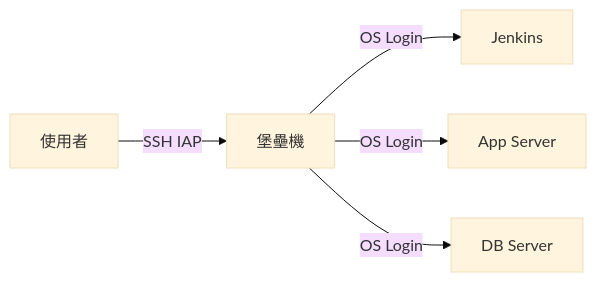
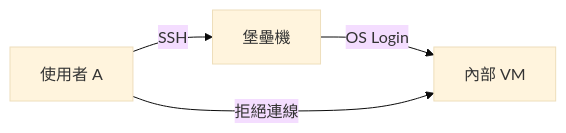
The second of 2 diagrams in content/posts/gcp/oslogin/index.md (Ben199810/ben199810.github.io), drawn with Mermaid (base theme) before and after one commit. The commit also changed other lines of this file and 6 other files, not shown here.

```diff
--- a/content/posts/gcp/oslogin/index.md
+++ b/content/posts/gcp/oslogin/index.md
@@ -25,9 +60,9 @@
 {{< mermaid >}}
+flowchart LR
+bastion[堡壘機]
+internalVM[內部 VM]
+userA[使用者 A]
 
-graph LR
-    user[使用者] -- SSH IAP --> bastion[堡壘機]
-    bastion -- OS Login --> jenkins[Jenkins]
-    bastion -- OS Login --> appserver[App Server]
-    bastion -- OS Login --> dbserver[DB Server]
-
+userA -->|SSH| bastion -->|OS Login| internalVM
+userA -->|拒絕連線| internalVM
 {{< /mermaid >}}
```
